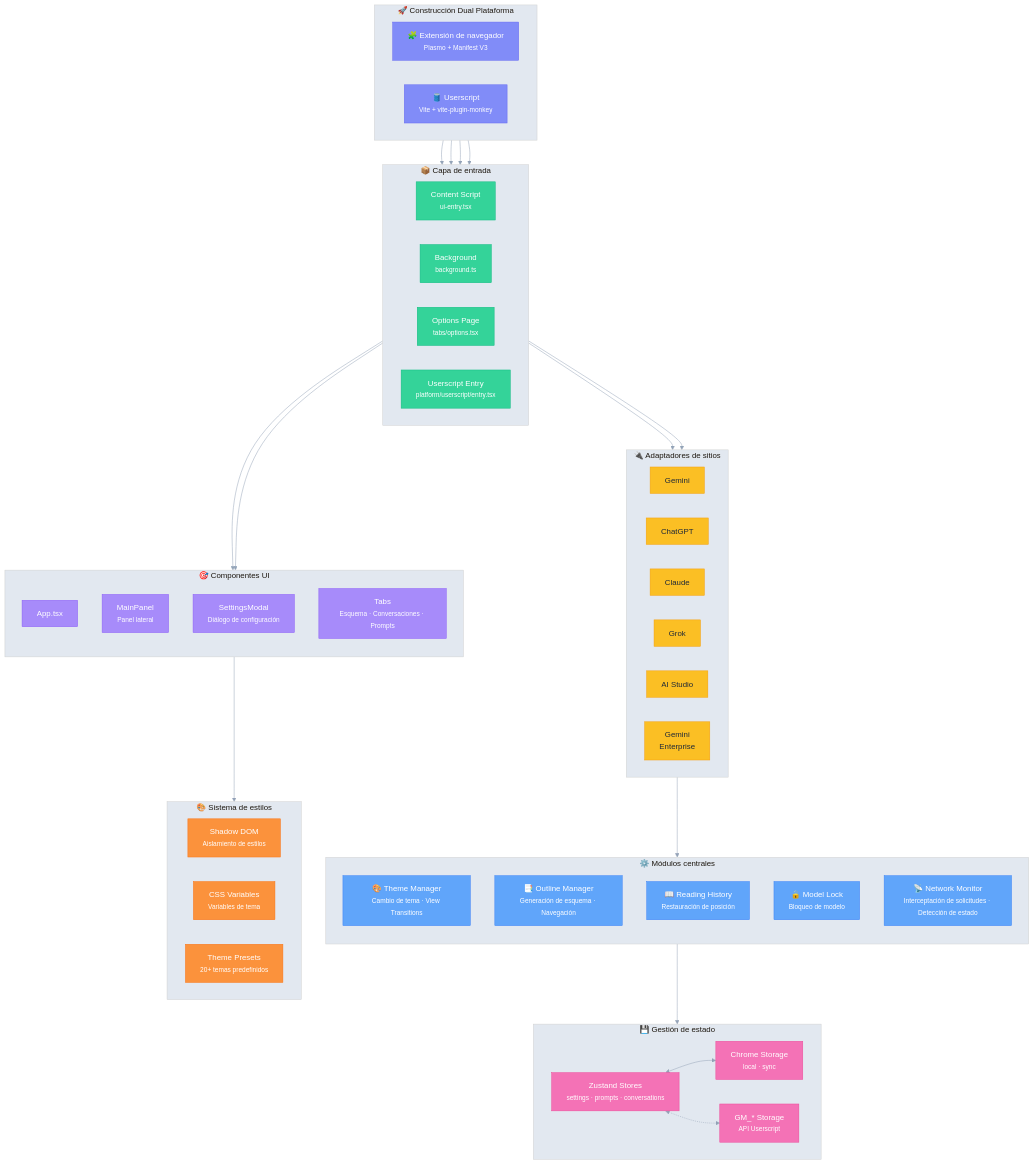
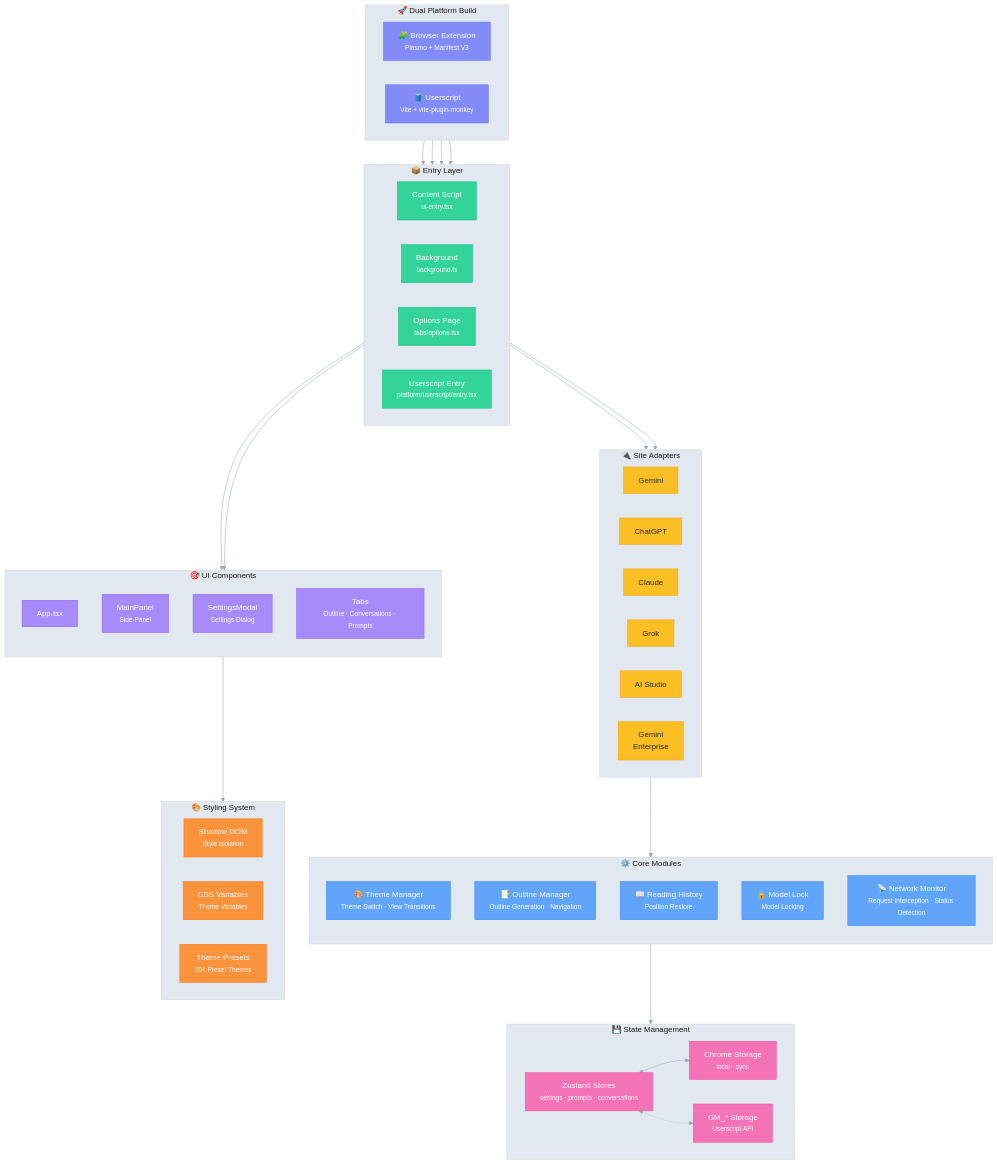
The diagram in .github/readmes/README_es.md (urzeye/ophel), drawn with Mermaid before and after one commit. The commit also changed other lines of this file and 7 other files, not shown here.

````diff
--- a/.github/readmes/README_es.md
+++ b/.github/readmes/README_es.md
@@ -77,13 +138,13 @@
 ```mermaid
 %%{init: {'theme': 'base', 'themeVariables': { 'primaryColor': '#6366f1', 'primaryTextColor': '#fff', 'primaryBorderColor': '#4f46e5', 'lineColor': '#94a3b8', 'secondaryColor': '#f1f5f9', 'tertiaryColor': '#e2e8f0', 'background': '#ffffff'}}}%%
 flowchart TB
-    subgraph Platforms["🚀 Construcción Dual Plataforma"]
+    subgraph Platforms["🚀 Dual Platform Build"]
         direction LR
-        EXT["🧩 Extensión de navegador<br/><small>Plasmo + Manifest V3</small>"]
+        EXT["🧩 Browser Extension<br/><small>Plasmo + Manifest V3</small>"]
         US["🛢️ Userscript<br/><small>Vite + vite-plugin-monkey</small>"]
     end
 
-    subgraph Entry["📦 Capa de entrada"]
+    subgraph Entry["📦 Entry Layer"]
         direction LR
         CE["Content Script<br/><small>ui-entry.tsx</small>"]
         BG["Background<br/><small>background.ts</small>"]
@@ -91,7 +152,7 @@
         USE["Userscript Entry<br/><small>platform/userscript/entry.tsx</small>"]
     end
 
-    subgraph Adapters["🔌 Adaptadores de sitios"]
+    subgraph Adapters["🔌 Site Adapters"]
         direction LR
         GEM["Gemini"]
         GPT["ChatGPT"]
@@ -101,49 +162,55 @@
         GEE["Gemini<br/>Enterprise"]
     end
 
-    subgraph Core["⚙️ Módulos centrales"]
+    subgraph Core["⚙️ Core Modules"]
         direction TB
-        TM["🎨 Theme Manager<br/><small>Cambio de tema · View Transitions</small>"]
-        OM["📑 Outline Manager<br/><small>Generación de esquema · Navegación</small>"]
-        RH["📖 Reading History<br/><small>Restauración de posición</small>"]
-        ML["🔒 Model Lock<br/><small>Bloqueo de modelo</small>"]
-        NM["📡 Network Monitor<br/><small>Interceptación de solicitudes · Detección de estado</small>"]
+        TM["🎨 Theme Manager<br/><small>Theme Switch · View Transitions</small>"]
+        OM["📑 Outline Manager<br/><small>Outline Generation · Navigation</small>"]
+        RH["📖 Reading History<br/><small>Position Restore</small>"]
+        ML["🔒 Model Lock<br/><small>Model Locking</small>"]
+        NM["📡 Network Monitor<br/><small>Request Interception · Status Detection</small>"]
     end
 
-    subgraph State["💾 Gestión de estado"]
+    subgraph State["💾 State Management"]
         direction LR
         ZS["Zustand Stores<br/><small>settings · prompts · conversations</small>"]
         CS["Chrome Storage<br/><small>local · sync</small>"]
-        GM["GM_* Storage<br/><small>API Userscript</small>"]
+        GM["GM_* Storage<br/><small>Userscript API</small>"]
     end
 
-    subgraph UI["🎯 Componentes UI"]
+    subgraph UI["🎯 UI Components"]
         direction TB
         APP["App.tsx"]
-        MP["MainPanel<br/><small>Panel lateral</small>"]
-        SM["SettingsModal<br/><small>Diálogo de configuración</small>"]
-        TABS["Tabs<br/><small>Esquema · Conversaciones · Prompts</small>"]
+        MP["MainPanel<br/><small>Side Panel</small>"]
+        SM["SettingsModal<br/><small>Settings Dialog</small>"]
+        TABS["Tabs<br/><small>Outline · Conversations · Prompts</small>"]
     end
 
-    subgraph CSS["🎨 Sistema de estilos"]
+    subgraph CSS["🎨 Styling System"]
         direction LR
-        SD["Shadow DOM<br/><small>Aislamiento de estilos</small>"]
-        TV["CSS Variables<br/><small>Variables de tema</small>"]
-        TH["Theme Presets<br/><small>20+ temas predefinidos</small>"]
+        SD["Shadow DOM<br/><small>Style Isolation</small>"]
+        TV["CSS Variables<br/><small>Theme Variables</small>"]
+        TH["Theme Presets<br/><small>20+ Preset Themes</small>"]
     end
 
+    %% Connections
     EXT --> CE & BG & OPT
     US --> USE
+
     CE --> Adapters
     USE --> Adapters
+
     Adapters --> Core
     Core --> State
+
     CE --> UI
     USE --> UI
     UI --> CSS
+
     ZS <--> CS
     ZS <-.-> GM
 
+    %% Styles
     classDef platform fill:#818cf8,stroke:#6366f1,color:#fff
     classDef entry fill:#34d399,stroke:#10b981,color:#fff
     classDef adapter fill:#fbbf24,stroke:#f59e0b,color:#1f2937
````
